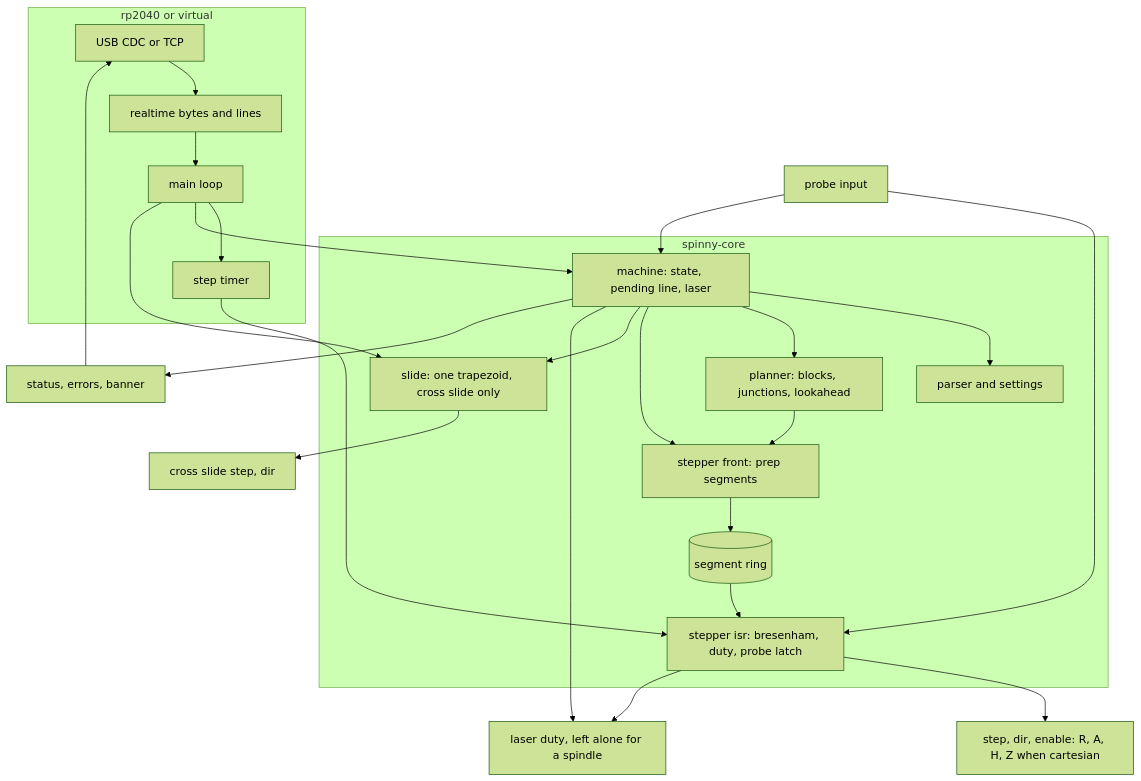
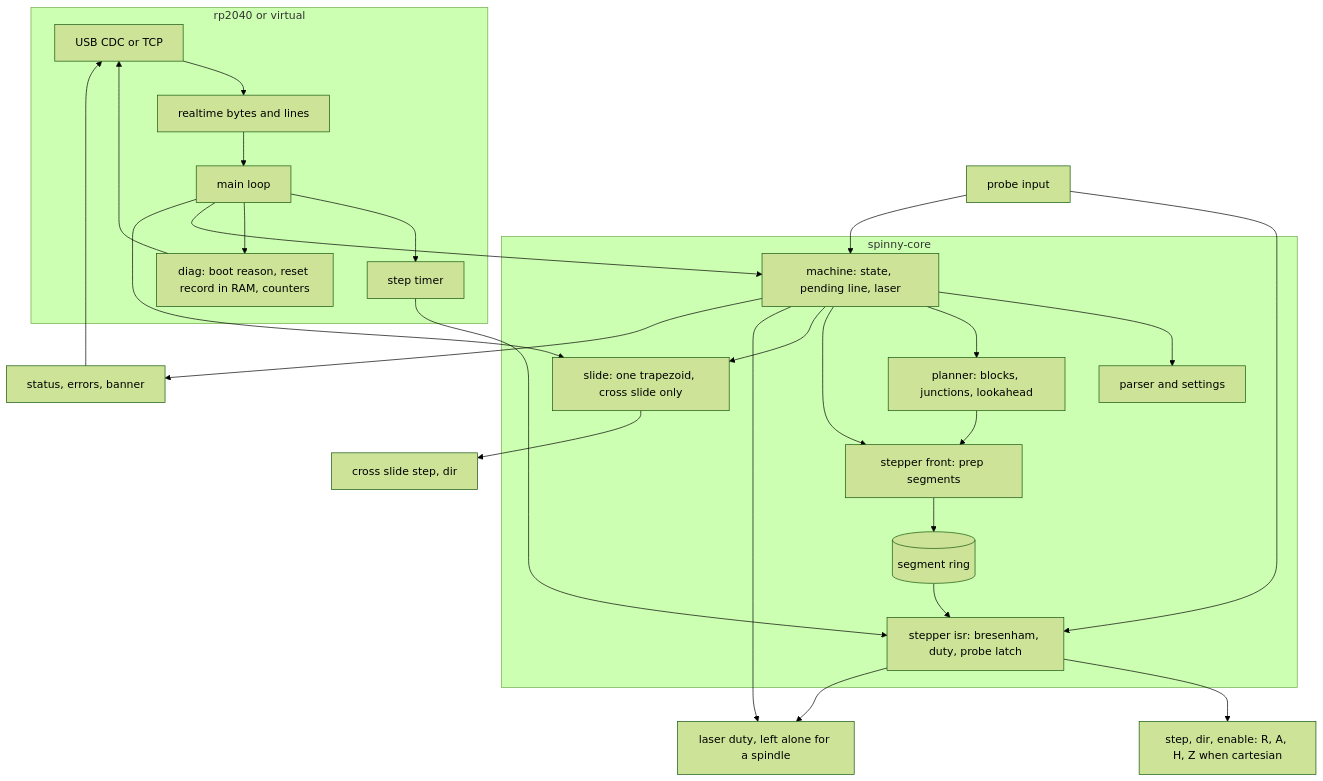
Before and after one commit to tmpk13/spinny-cnc: the diagram in firmware/README.md, drawn with Mermaid (forest theme). The commit also changed 37 other files, not shown here.

First line of the commit message:
Record why the board reset, log every wire line, and say what the link last heard

````diff
--- a/firmware/README.md
+++ b/firmware/README.md
@@ -98,27 +98,29 @@
 ```mermaid
 flowchart TB
     subgraph port [rp2040 or virtual]
         IO[USB CDC or TCP] --> LINES[realtime bytes and lines]
         LINES --> LOOP[main loop]
         LOOP --> TIMER[step timer]
+        LOOP --> DIAG[diag: boot reason, reset record in RAM, counters]
+        DIAG --> IO
     end
     subgraph core [spinny-core]
         LOOP --> MACHINE[machine: state, pending line, laser]
         MACHINE --> PARSER[parser and settings]
         MACHINE --> PLANNER[planner: blocks, junctions, lookahead]
         MACHINE --> FRONT[stepper front: prep segments]
         MACHINE --> SLIDE[slide: one trapezoid, cross slide only]
         PLANNER --> FRONT
         FRONT --> RING[(segment ring)]
         RING --> ISR[stepper isr: bresenham, duty, probe latch]
         TIMER --> ISR
     end
     ISR --> PINS[step, dir, enable: R, A, H, Z when cartesian]
     PROBE[probe input] --> ISR
     PROBE --> MACHINE
     LOOP --> SLIDE
     SLIDE --> ZPINS[cross slide step, dir]
     ISR --> PWM[laser duty, left alone for a spindle]
     MACHINE --> PWM
     MACHINE --> REPORT[status, errors, banner] --> IO
 ```
````
